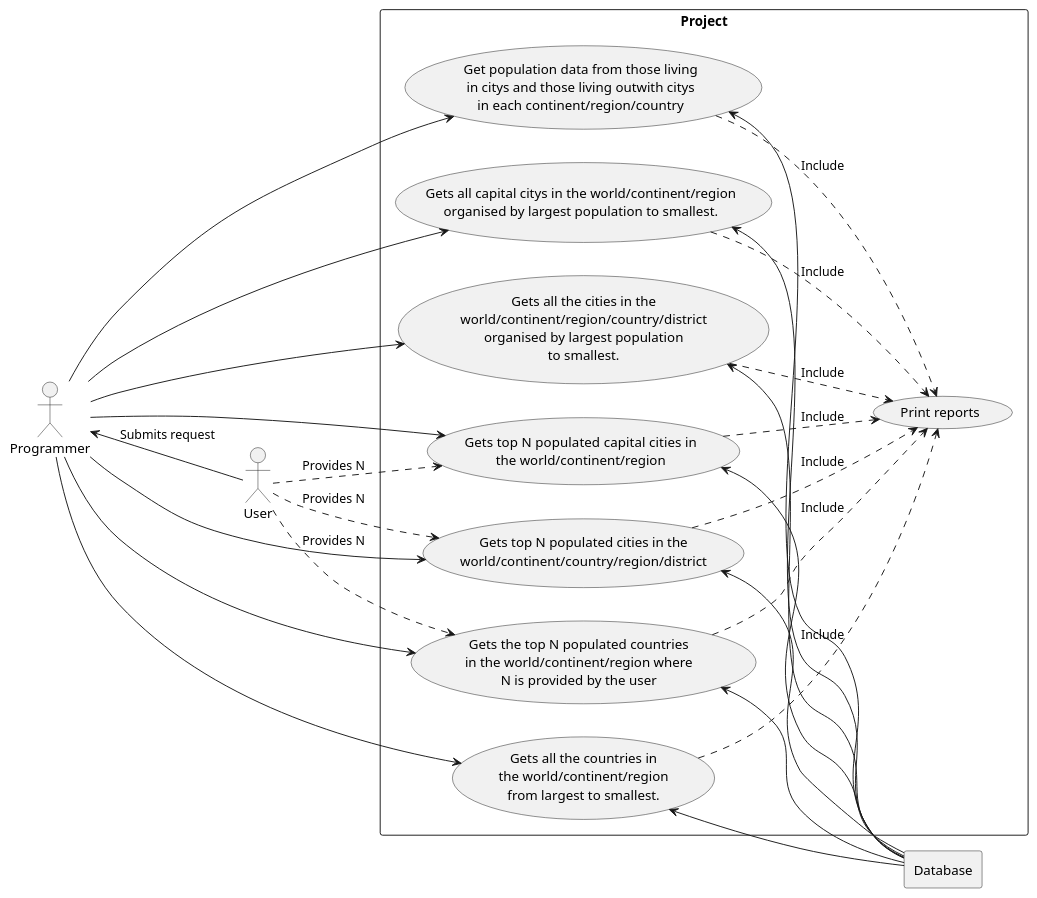
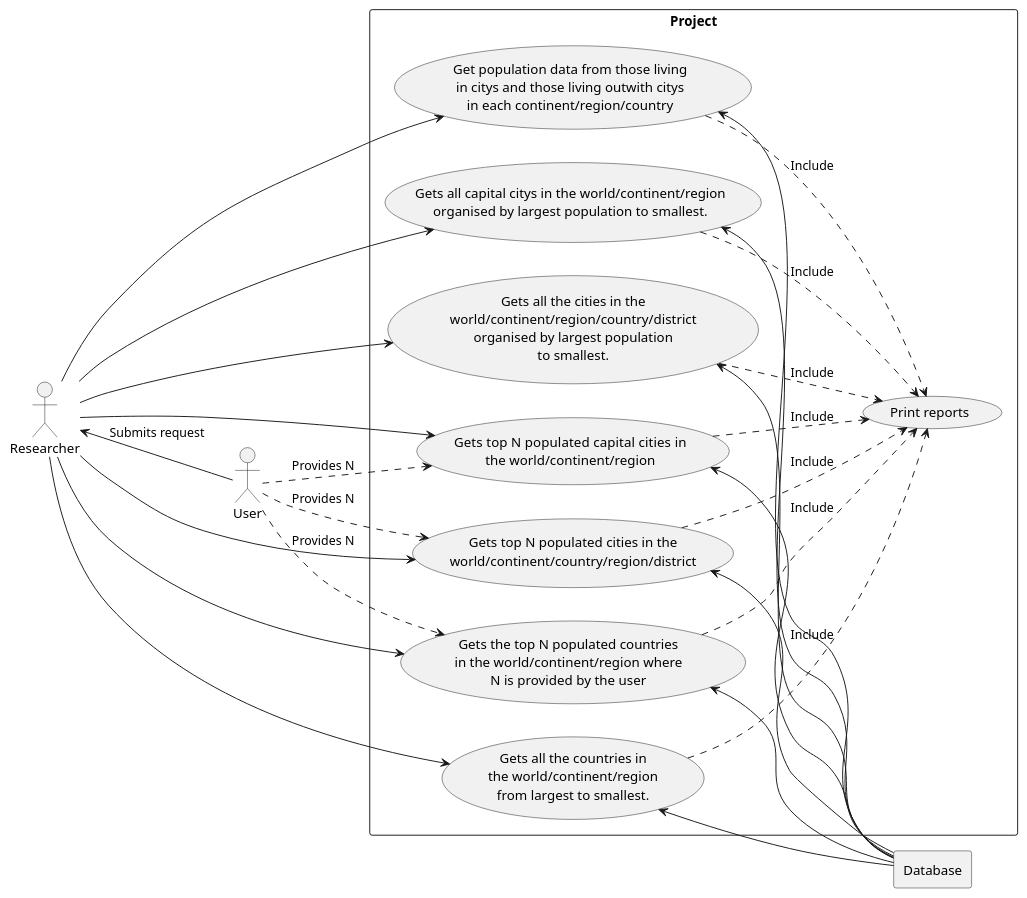
The diagram in use-cases/use-case-diagram-1.puml (THEVlLLAlN/semGroup18), drawn with PlantUML before and after one commit. The commit also changed 8 other files, not shown here.

Commit message:
Updating use cases and diagram

```diff
--- a/use-cases/use-case-diagram-1.puml
+++ b/use-cases/use-case-diagram-1.puml
@@ -1,72 +1,72 @@
 @startuml
 left to right direction
 skinparam packageStyle rect
-actor :Programmer: as prog
+actor :Researcher: as prog
 actor :User: as user
 
 user -up-> prog : Submits request
 rectangle Database
 rectangle "Project"{
 
     usecase UC1 as "Get population data from those living
      in citys and those living outwith citys
     in each continent/region/country"
 
     usecase UC2 as "Gets top N  populated capital cities in
      the world/continent/region"
 
      usecase UC3 as "Gets all capital citys in the world/continent/region
       organised by largest population to smallest."
 
      usecase UC4 as "Gets top N populated cities in the
       world/continent/country/region/district"
 
      usecase UC5 as "Gets all the cities in the
      world/continent/region/country/district
      organised by largest population
      to smallest."
 
      usecase UC6 as "Gets the top N populated countries
      in the world/continent/region where
      N is provided by the user"
 
      usecase UC7 as "Gets all the countries in
      the world/continent/region
      from largest to smallest."
 
     usecase Print as "Print reports"
 
     prog -> UC1
     Database -up-> UC1
     UC1 ..> Print : Include
 
     prog -> UC2
     Database -up-> UC2
     user .-> UC2 : Provides N
     UC2 ..> Print : Include
 
     prog -> UC3
     Database -up-> UC3
     UC3 ..> Print : Include
 
     prog -> UC4
     Database -up-> UC4
     user .-> UC4 : Provides N
     UC4 ..> Print : Include
 
     prog -> UC5
     Database -up-> UC5
     UC5 ..> Print : Include
 
     prog -> UC6
     Database -up-> UC6
     user .-> UC6 : Provides N
     UC6 ..> Print : Include
 
     prog -> UC7
     Database -up-> UC7
     UC7 ..> Print : Include
 
 
 }
 @enduml
```
